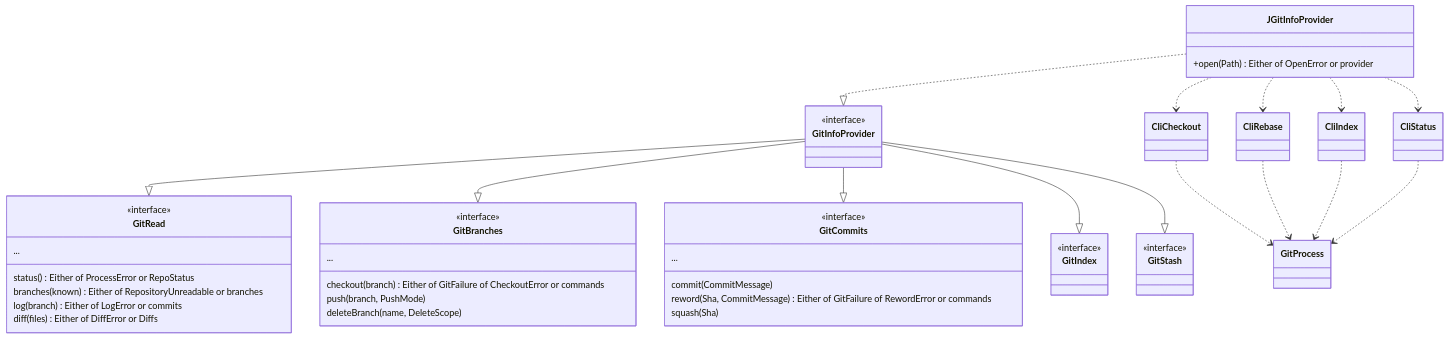
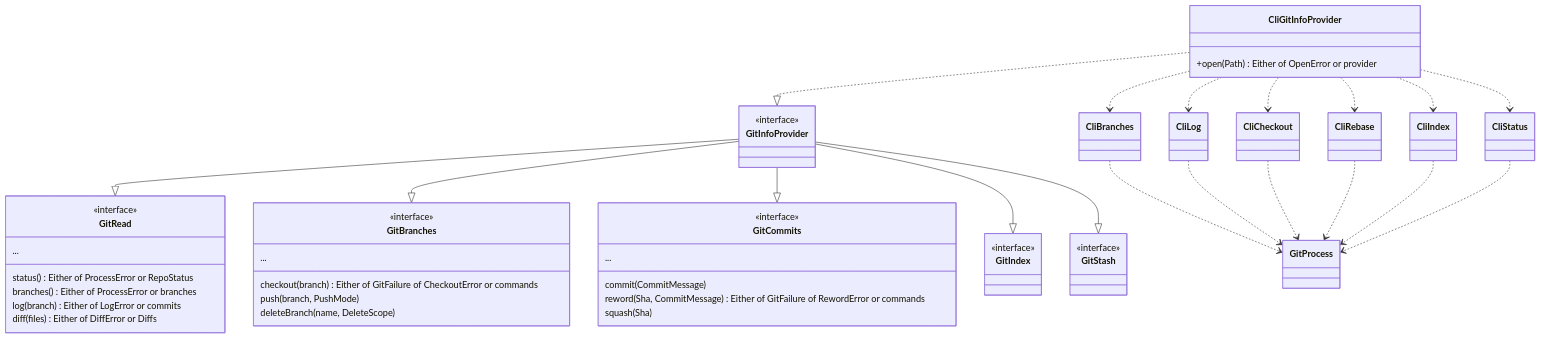
One commit to cvanfleteren/jazygit changed the fourth of 7 diagrams in ARCHITECTURE.md. Above: the diagram before and after it, drawn with Mermaid. The commit also changed other lines of this file and 31 other files, not shown here.

First line of the commit message:
Drop JGit: read the repository through the git command line only

````diff
--- a/ARCHITECTURE.md
+++ b/ARCHITECTURE.md
@@ -168,51 +167,55 @@
 ```mermaid
 classDiagram
     class GitInfoProvider {
         <<interface>>
     }
     class GitRead {
         <<interface>>
         status() Either of ProcessError or RepoStatus
-        branches(known) Either of RepositoryUnreadable or branches
+        branches() Either of ProcessError or branches
         log(branch) Either of LogError or commits
         diff(files) Either of DiffError or Diffs
         ...
     }
     class GitBranches {
         <<interface>>
         checkout(branch) Either of GitFailure of CheckoutError or commands
         push(branch, PushMode)
         deleteBranch(name, DeleteScope)
         ...
     }
     class GitCommits {
         <<interface>>
         commit(CommitMessage)
         reword(Sha, CommitMessage) Either of GitFailure of RewordError or commands
         squash(Sha)
         ...
     }
     class GitIndex {
         <<interface>>
     }
     class GitStash {
         <<interface>>
     }
-    class JGitInfoProvider {
+    class CliGitInfoProvider {
         +open(Path) Either of OpenError or provider
     }
     GitInfoProvider --|> GitRead
     GitInfoProvider --|> GitBranches
     GitInfoProvider --|> GitCommits
     GitInfoProvider --|> GitIndex
     GitInfoProvider --|> GitStash
-    JGitInfoProvider ..|> GitInfoProvider
-    JGitInfoProvider ..> CliCheckout
-    JGitInfoProvider ..> CliRebase
-    JGitInfoProvider ..> CliIndex
-    JGitInfoProvider ..> CliStatus
+    CliGitInfoProvider ..|> GitInfoProvider
+    CliGitInfoProvider ..> CliBranches
+    CliGitInfoProvider ..> CliLog
+    CliGitInfoProvider ..> CliCheckout
+    CliGitInfoProvider ..> CliRebase
+    CliGitInfoProvider ..> CliIndex
+    CliGitInfoProvider ..> CliStatus
+    CliBranches ..> GitProcess
+    CliLog ..> GitProcess
     CliCheckout ..> GitProcess
     CliRebase ..> GitProcess
     CliIndex ..> GitProcess
     CliStatus ..> GitProcess
 ```
````
